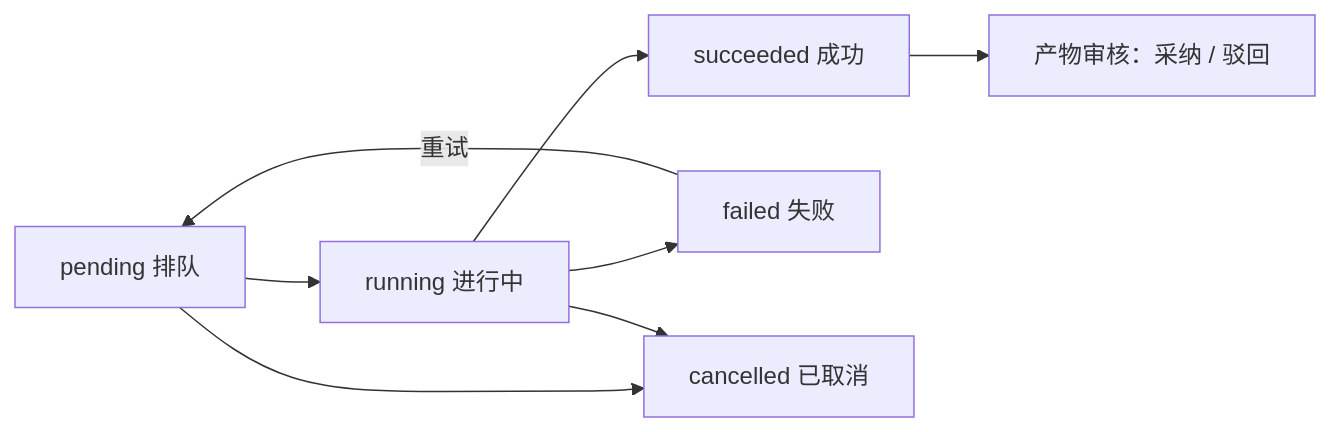
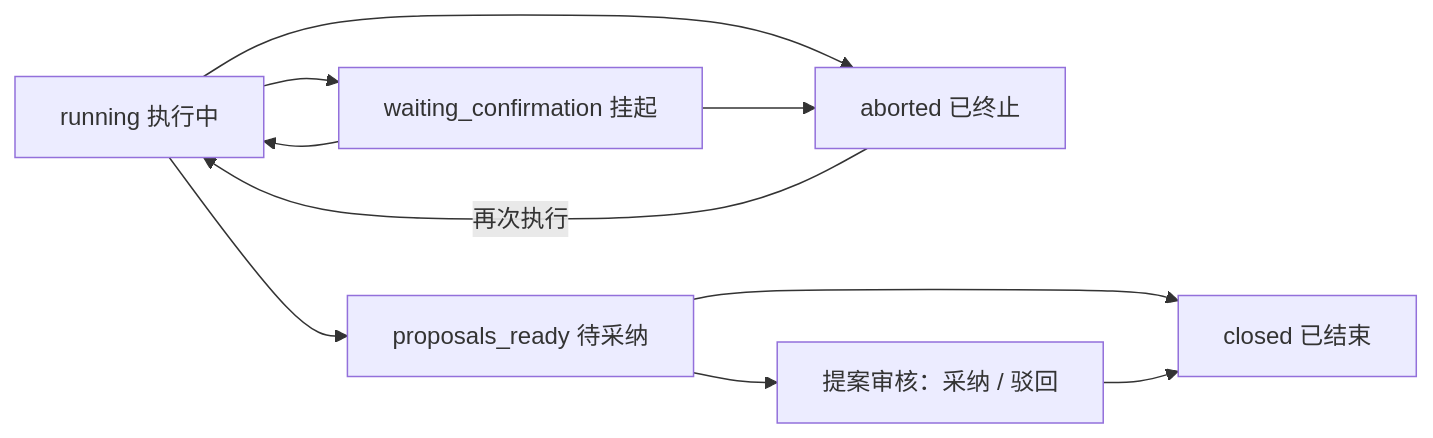
The first of 2 diagrams in docs/05-interaction-design/07-ai-capability/03-ai-task-ui.md (XiaoMiSum/robotest), drawn with Mermaid before and after one commit. The commit also changed other lines of this file and 10 other files, not shown here.

````diff
--- a/docs/05-interaction-design/07-ai-capability/03-ai-task-ui.md
+++ b/docs/05-interaction-design/07-ai-capability/03-ai-task-ui.md
@@ -127,10 +128,12 @@
 ```mermaid
 flowchart LR
-  P[pending 排队] --> R[running 进行中]
-  R --> S[succeeded 成功]
-  R --> F[failed 失败]
-  P --> C[cancelled 已取消]
-  R --> C
-  F -- 重试 --> P
-  S --> A[产物审核：采纳 / 驳回]
+  R[running 执行中] --> W[waiting_confirmation 挂起]
+  W --> R
+  R --> P[proposals_ready 待采纳]
+  R --> A[aborted 已终止]
+  W --> A
+  A -- 再次执行 --> R
+  P --> S[提案审核：采纳 / 驳回]
+  P --> C[closed 已结束]
+  S --> C
 ```
````
